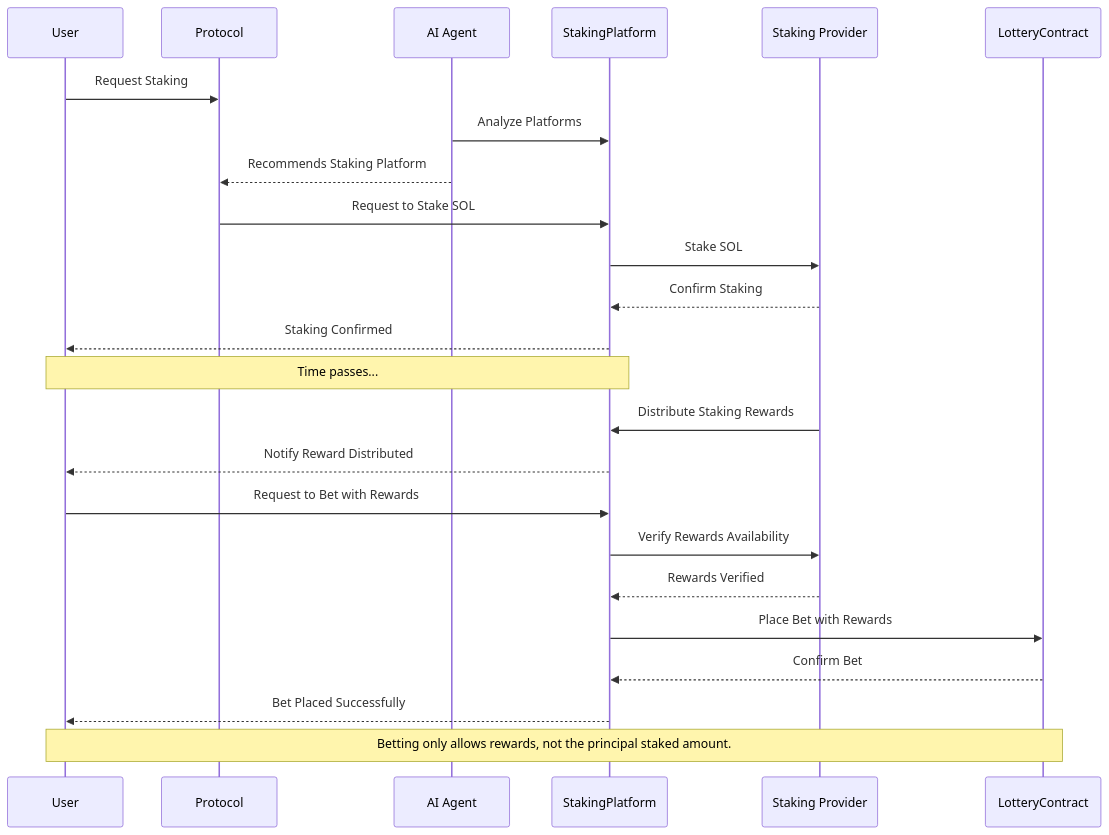
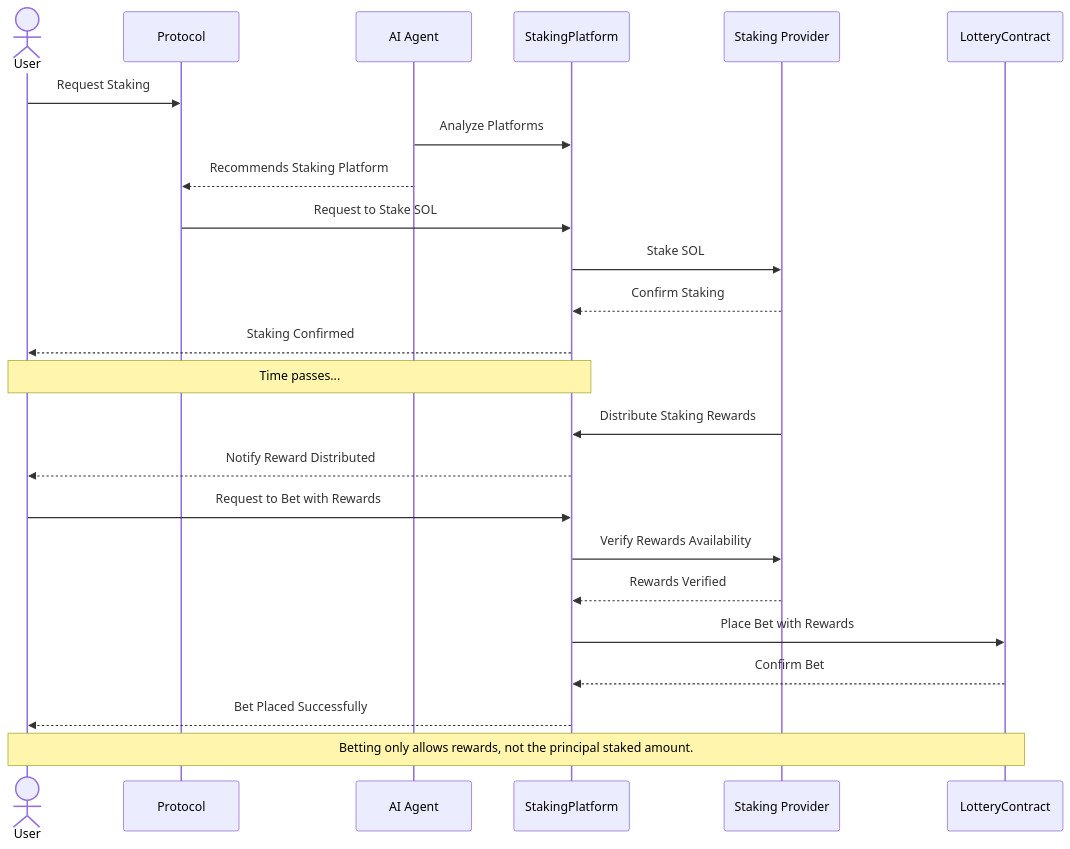
One commit to aquental/capstone_TURBIN3_Q1_25 changed the first of 2 diagrams in README.md. Above: the diagram before and after it, drawn with Mermaid.

````diff
--- a/README.md
+++ b/README.md
@@ -17,33 +17,33 @@
 ```mermaid
 sequenceDiagram
-  participant User
+  actor User
   participant Protocol
   participant AIAgent as AI Agent
   participant StakingPlatform
   participant StakingProvider as Staking Provider
   participant LotteryContract
 
   User ->> Protocol: Request Staking
   AIAgent ->> StakingPlatform: Analyze Platforms
   AIAgent -->> Protocol: Recommends Staking Platform
 
   Protocol ->> StakingPlatform: Request to Stake SOL
   StakingPlatform ->> StakingProvider: Stake SOL
   StakingProvider -->> StakingPlatform: Confirm Staking
   StakingPlatform -->> User: Staking Confirmed
 
   Note over User, StakingPlatform: Time passes...
 
   StakingProvider ->> StakingPlatform: Distribute Staking Rewards
   StakingPlatform -->> User: Notify Reward Distributed
 
   User ->> StakingPlatform: Request to Bet with Rewards
   StakingPlatform ->> StakingProvider: Verify Rewards Availability
   StakingProvider -->> StakingPlatform: Rewards Verified
 
   StakingPlatform ->> LotteryContract: Place Bet with Rewards
   LotteryContract -->> StakingPlatform: Confirm Bet
   StakingPlatform -->> User: Bet Placed Successfully
 
   Note over User, LotteryContract: Betting only allows rewards, not the principal staked amount.
 ```
````
